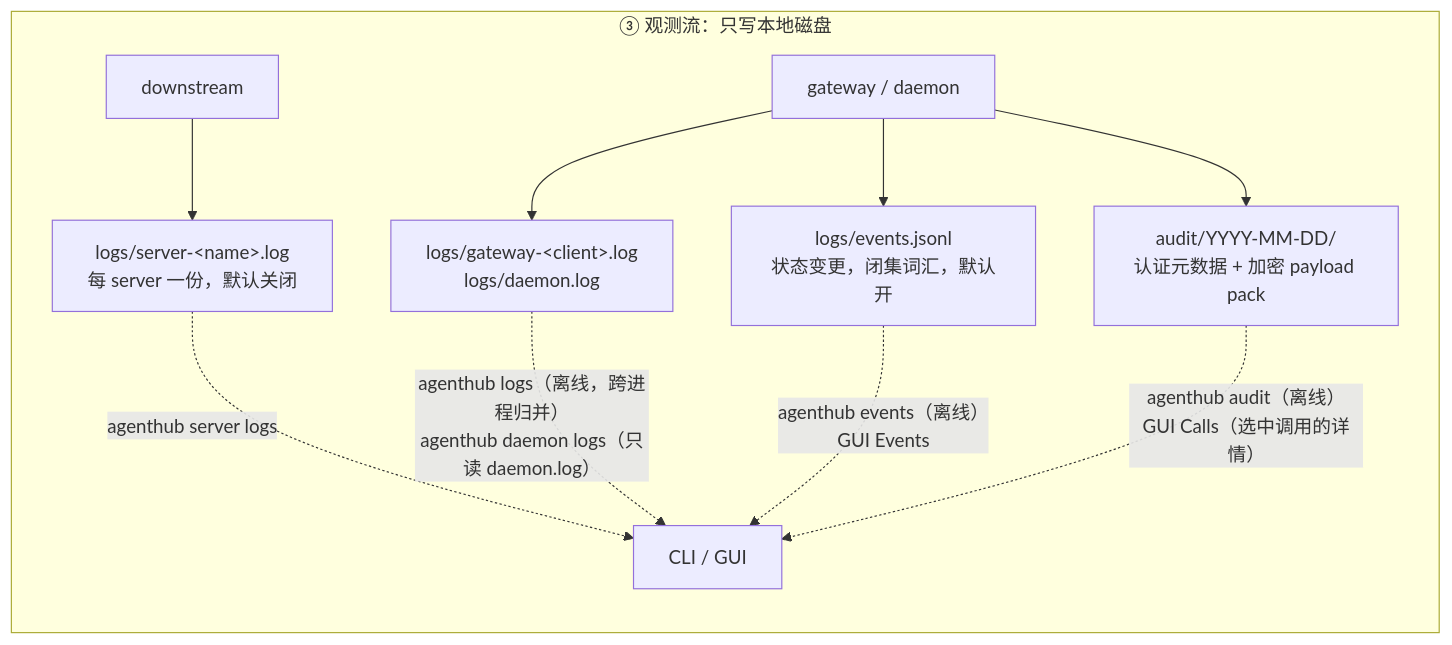
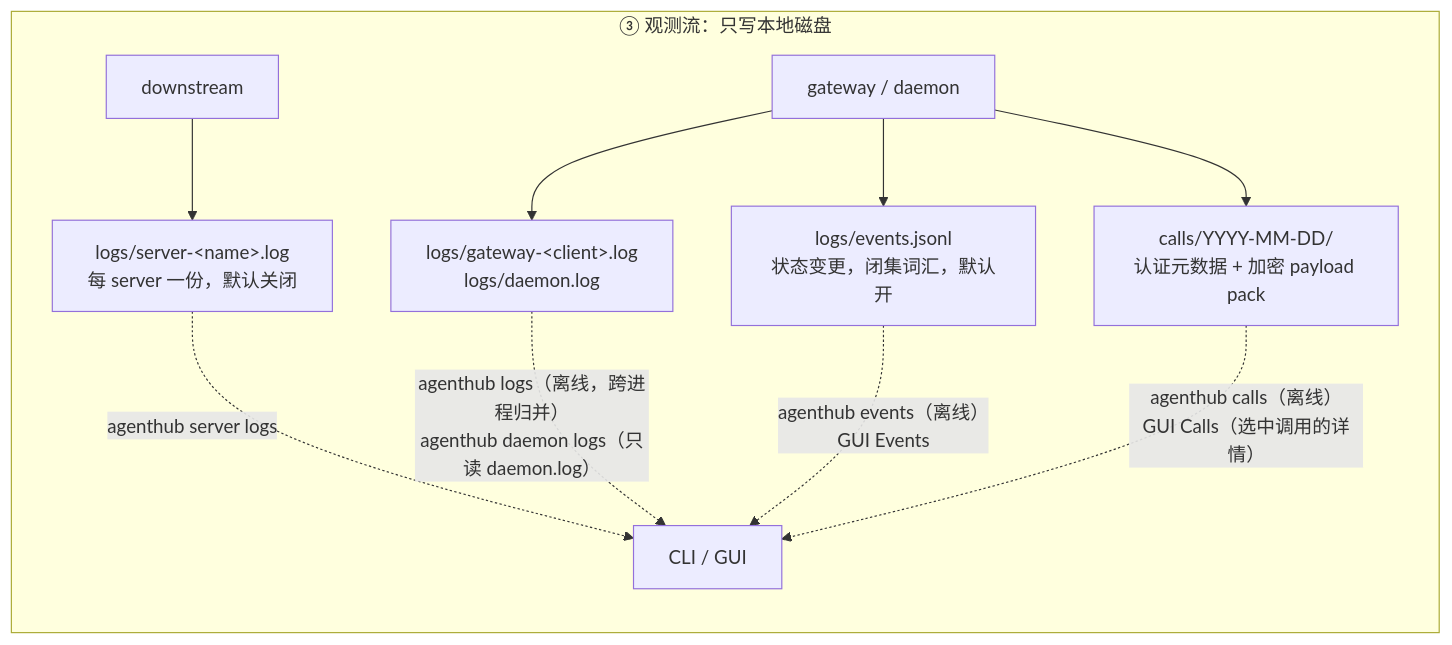
One commit to dinstein/agent-hub changed the sixth of 8 diagrams in docs/zh-CN/architecture.md. Above: the diagram before and after it, drawn with Mermaid. The commit also changed other lines of this file and 57 other files, not shown here.

````diff
--- a/docs/zh-CN/architecture.md
+++ b/docs/zh-CN/architecture.md
@@ -256,13 +256,13 @@
 ```mermaid
 flowchart LR
     subgraph obs["③ 观测流：只写本地磁盘"]
         DSX["downstream"] --> A4["logs/server-&lt;name&gt;.log<br/>每 server 一份，默认关闭"]
         GW["gateway / daemon"] --> A5["logs/gateway-&lt;client&gt;.log<br/>logs/daemon.log"]
         GW --> A7["logs/events.jsonl<br/>状态变更，闭集词汇，默认开"]
-        GW --> A6["audit/YYYY-MM-DD/<br/>认证元数据 + 加密 payload pack"]
+        GW --> A6["calls/YYYY-MM-DD/<br/>认证元数据 + 加密 payload pack"]
         A4 -.->|"agenthub server logs"| F["CLI / GUI"]
         A5 -.->|"agenthub logs（离线，跨进程归并）<br/>agenthub daemon logs（只读 daemon.log）"| F
         A7 -.->|"agenthub events（离线）<br/>GUI Events"| F
-        A6 -.->|"agenthub audit（离线）<br/>GUI Calls（选中调用的详情）"| F
+        A6 -.->|"agenthub calls（离线）<br/>GUI Calls（选中调用的详情）"| F
     end
 ```
````
